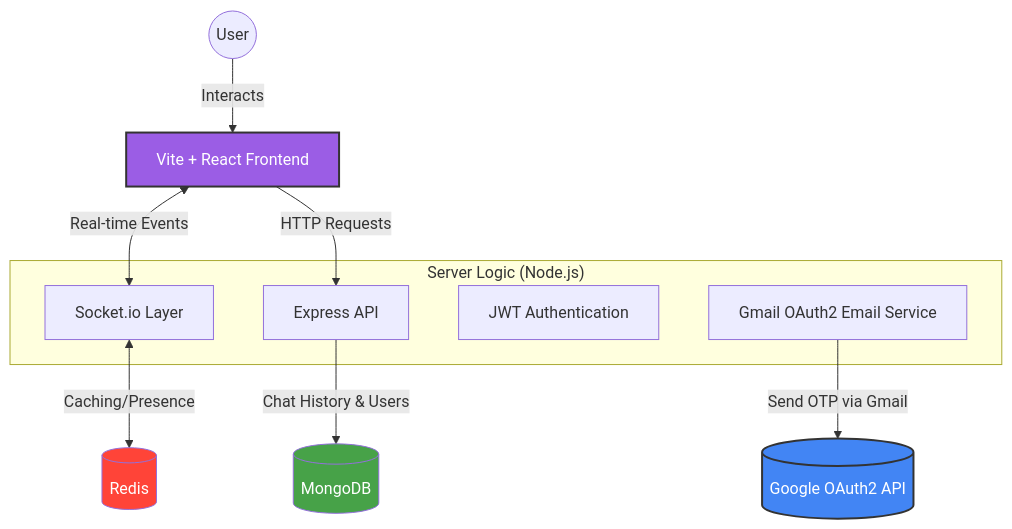
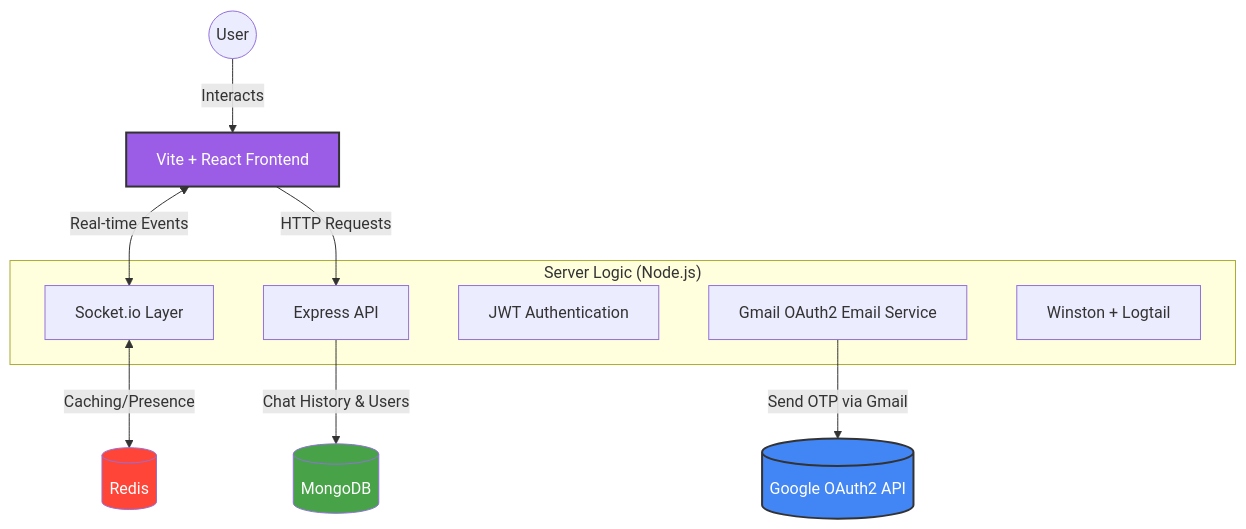
Before and after one commit to 0rigin-c0de/PiperChat01: the diagram in README.md, drawn with Mermaid. The commit also changed other lines of this file, not shown here.

````diff
--- a/README.md
+++ b/README.md
@@ -42,28 +64,29 @@
 ```mermaid
 graph TD
     %% User and Frontend
     User((User)) -->|Interacts| UI[Vite + React Frontend]
     
     %% Connection Layer
     UI <-->|Real-time Events| Socket[Socket.io Layer]
     UI -->|HTTP Requests| API[Express API]
 
     %% Backend Logic
     subgraph "Server Logic (Node.js)"
         API
         Socket
         Auth[JWT Authentication]
         Email[Gmail OAuth2 Email Service]
+        Logger[Winston + Logtail]
     end
 
     %% Database Layer
     Socket <-->|Caching/Presence| Redis[(Redis)]
     API -->|Chat History & Users| Mongo[(MongoDB)]
     Email -->|Send OTP via Gmail| GoogleOAuth[(Google OAuth2 API)]
 
     %% Styling
     style UI fill:#9b5de5,stroke:#333,stroke-width:2px,color:#fff
     style Redis fill:#FF4438,color:#fff
     style Mongo fill:#47A248,color:#fff
     style GoogleOAuth fill:#4285F4,stroke:#333,stroke-width:2px,color:#fff
 ```
````
